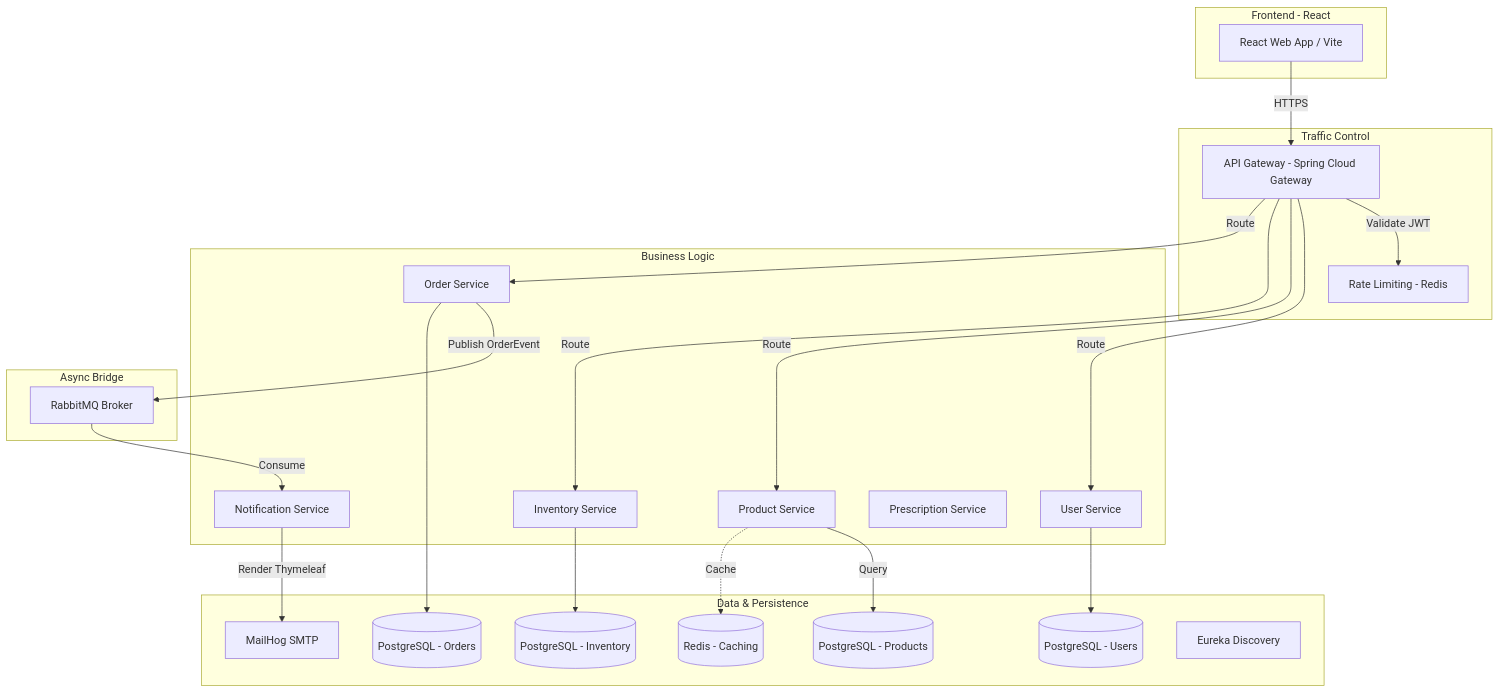
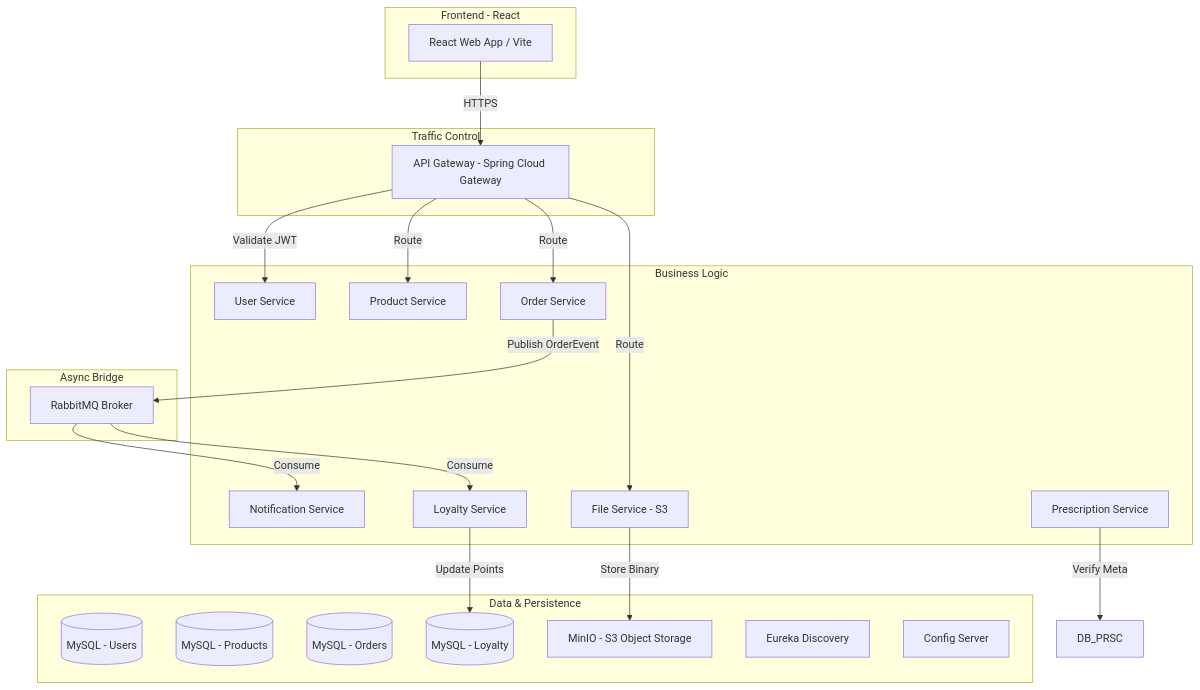
Before and after one commit to Harsha430/pharma-order-microservices: the diagram in README.md, drawn with Mermaid. The commit also changed other lines of this file and 47 other files, not shown here.

Commit message:
feat: complete microservices stabilization with prescription upload, loyalty points, and enhanced UI documentation

````diff
--- a/README.md
+++ b/README.md
@@ -44,51 +36,48 @@
 ```mermaid
 graph TD
     subgraph Client_Layer [Frontend - React]
         FE[React Web App / Vite]
     end
 
     subgraph Gateway_Layer [Traffic Control]
         GW[API Gateway - Spring Cloud Gateway]
-        RL[Rate Limiting - Redis]
     end
 
     subgraph Service_Mesh [Business Logic]
         US[User Service]
         PS[Product Service]
-        IS[Inventory Service]
         ORD[Order Service]
         NTF[Notification Service]
         PRSC[Prescription Service]
+        FILE[File Service - S3]
+        LYT[Loyalty Service]
     end
 
     subgraph Event_Bus [Async Bridge]
         RMQ[RabbitMQ Broker]
     end
 
     subgraph Infrastructure [Data & Persistence]
-        DB_U[(PostgreSQL - Users)]
-        DB_P[(PostgreSQL - Products)]
-        DB_I[(PostgreSQL - Inventory)]
-        DB_O[(PostgreSQL - Orders)]
-        RD[(Redis - Caching)]
-        MH[MailHog SMTP]
+        DB_U[(MySQL - Users)]
+        DB_P[(MySQL - Products)]
+        DB_O[(MySQL - Orders)]
+        DB_LYT[(MySQL - Loyalty)]
+        MIO[MinIO - S3 Object Storage]
         EUK[Eureka Discovery]
+        CFG[Config Server]
     end
 
     FE -->|HTTPS| GW
-    GW -->|Validate JWT| RL
-    GW -->|Route| US
+    GW -->|Validate JWT| US
     GW -->|Route| PS
-    GW -->|Route| IS
     GW -->|Route| ORD
+    GW -->|Route| FILE
 
     ORD -->|Publish OrderEvent| RMQ
     RMQ -->|Consume| NTF
-    NTF -->|Render Thymeleaf| MH
+    RMQ -->|Consume| LYT
 
-    PS -->|Query| DB_P
-    PS -.->|Cache| RD
-    US --> DB_U
-    IS --> DB_I
-    ORD --> DB_O
+    FILE -->|Store Binary| MIO
+    PRSC -->|Verify Meta| DB_PRSC
+    LYT -->|Update Points| DB_LYT
 ```
````
